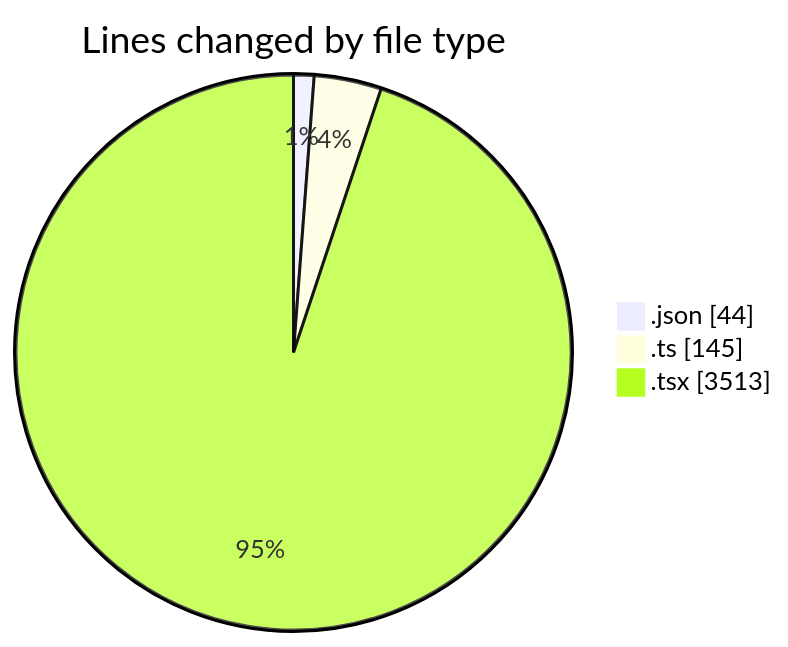
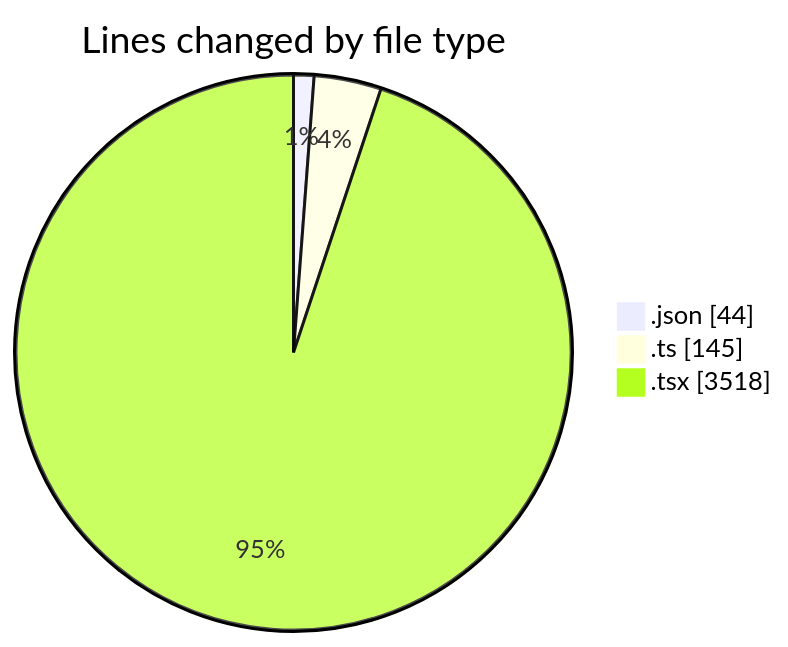
One commit to julien-gomy/code-tracking changed the first of 2 diagrams in 2025-10-24/eventscop-frontend-guide__workspace_/README.md. Above: the diagram before and after it, drawn with Mermaid. The commit also changed other lines of this file and 1 other file, not shown here.

````diff
--- a/2025-10-24/eventscop-frontend-guide__workspace_/README.md
+++ b/2025-10-24/eventscop-frontend-guide__workspace_/README.md
@@ -36,7 +36,7 @@
 ```mermaid
 pie showData
 title Lines changed by file type
 ".json" : 44
 ".ts" : 145
-".tsx" : 3513
+".tsx" : 3518
 ```
````
